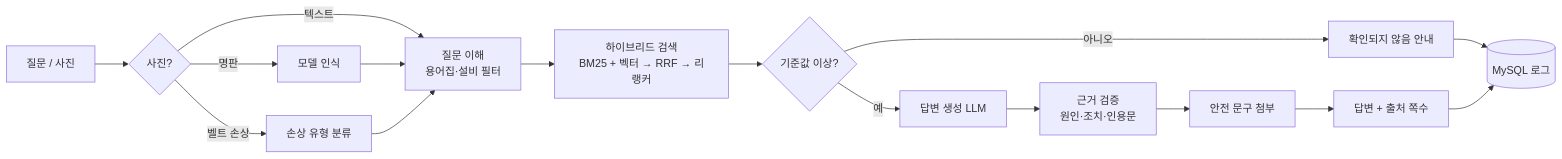
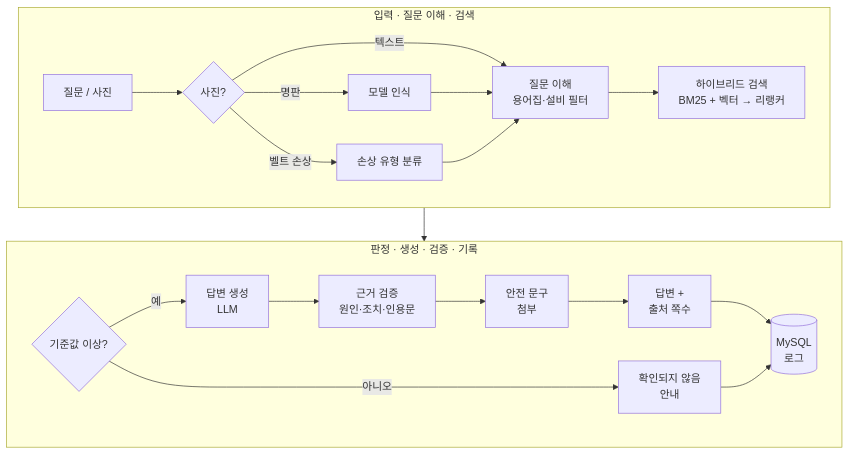
Before and after one commit to WannaKnowHD/wanna_know: the diagram in README.md, drawn with Mermaid. The commit also changed other lines of this file, not shown here.

````diff
--- a/README.md
+++ b/README.md
@@ -47,18 +46,21 @@
 ```mermaid
-flowchart LR
-    Q[질문 / 사진] --> V{사진?}
-    V -- 명판 --> M[모델 인식]
-    V -- 벨트 손상 --> D[손상 유형 분류]
-    V -- 텍스트 --> U
-    M --> U[질문 이해<br/>용어집·설비 필터]
-    D --> U
-    U --> R[하이브리드 검색<br/>BM25 + 벡터 → RRF → 리랭커]
-    R --> T{기준값 이상?}
-    T -- 아니오 --> N[확인되지 않음 안내]
-    T -- 예 --> G[답변 생성 LLM]
-    G --> C[근거 검증<br/>원인·조치·인용문]
-    C --> S[안전 문구 첨부]
-    S --> A[답변 + 출처 쪽수]
-    N --> L[(MySQL 로그)]
-    A --> L
+flowchart TB
+    subgraph IN["입력 · 질문 이해 · 검색"]
+        direction LR
+        Q[질문 / 사진] --> V{사진?}
+        V -- 명판 --> M[모델 인식]
+        V -- 벨트 손상 --> D[손상 유형 분류]
+        V -- 텍스트 --> U
+        M --> U[질문 이해<br/>용어집·설비 필터]
+        D --> U
+        U --> R[하이브리드 검색<br/>BM25 + 벡터 → 리랭커]
+    end
+    subgraph OUT["판정 · 생성 · 검증 · 기록"]
+        direction LR
+        T{기준값 이상?} -- 예 --> G[답변 생성<br/>LLM] --> C[근거 검증<br/>원인·조치·인용문] --> S[안전 문구<br/>첨부] --> A[답변 +<br/>출처 쪽수]
+        T -- 아니오 --> N[확인되지 않음<br/>안내]
+        A --> L[(MySQL<br/>로그)]
+        N --> L
+    end
+    IN --> OUT
 ```
````
